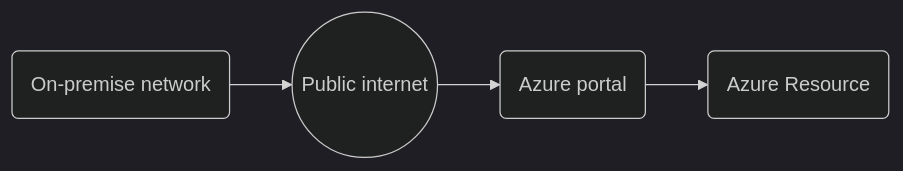
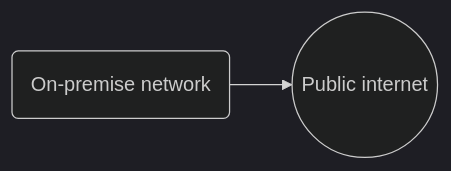
Before and after one commit to bigtoga/Examples: the first of 2 diagrams in Cloud - Azure/Azure Virtual Networks/ExpressRoute.md, drawn with Mermaid (dark theme).

````diff
--- a/Cloud - Azure/Azure Virtual Networks/ExpressRoute.md
+++ b/Cloud - Azure/Azure Virtual Networks/ExpressRoute.md
@@ -20,4 +20,4 @@
 ```mermaid
 graph LR
-    A(On-premise network) --> B((Public internet)) --> C(Azure portal) --> D(Azure Resource)
+    A(On-premise network) --> B((Public internet))
 ```    
````
